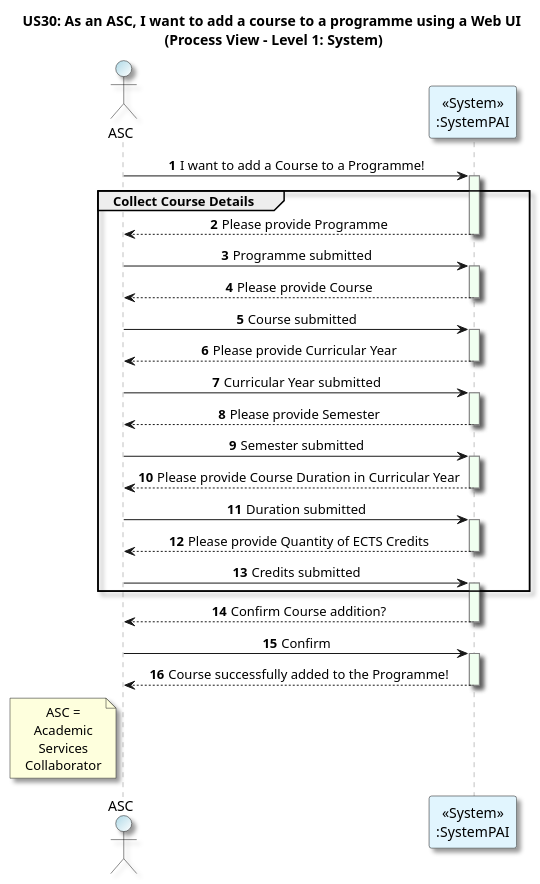
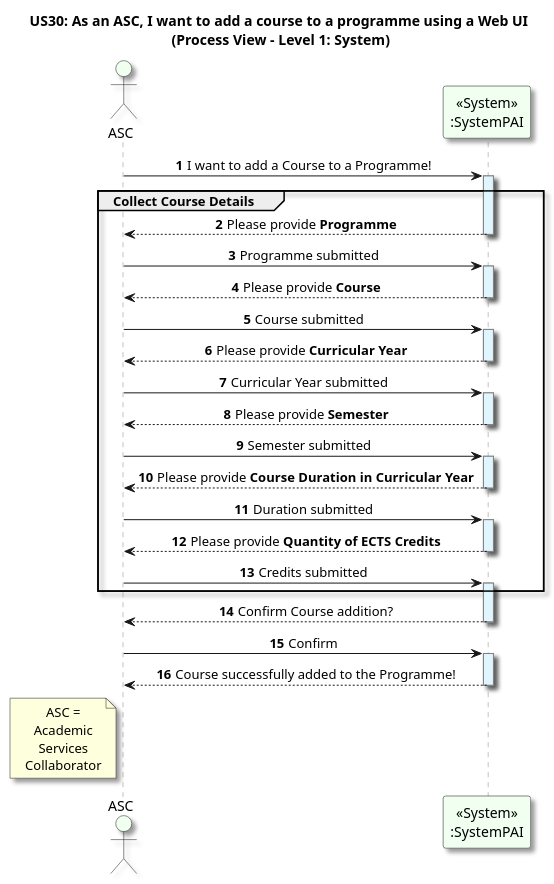
One commit to GasparISEP/DevOps-PAI changed the diagram in docs/US30/Sprint_7/ProcessView/AddCourseToAProgramme_ProcessView_Level1.puml. Above: the diagram before and after it, drawn with PlantUML. The commit also changed 1 other file, not shown here.

Commit message:
docs(addCourseToProgramme): enhance Level 1 process diagram with colors and formatting for better readability (refs #701, #705)

```diff
--- a/docs/US30/Sprint_7/ProcessView/AddCourseToAProgramme_ProcessView_Level1.puml
+++ b/docs/US30/Sprint_7/ProcessView/AddCourseToAProgramme_ProcessView_Level1.puml
@@ -1,76 +1,76 @@
 @startuml
 title US30: As an ASC, I want to add a course to a programme using a Web UI\n (Process View - Level 1: System)
 skinparam {
   ActivityPadding 2
   ActivityMargin 2
   BoxPadding 2
 }
 skinparam sequence {
     LifeLineBorderColor Grey
-    LifeLineBackgroundColor HoneyDew
+    LifeLineBackgroundColor #E1F5FE
 }
 skinparam defaultTextAlignment center
 skinparam shadowing true
 
 autonumber
 
-actor ASC as admin #LightBlue/White
-participant "<<System>>\n:SystemPAI" as System #E1F5FE
+actor ASC as admin #honeydew
+participant "<<System>>\n:SystemPAI" as System #honeydew
 
 admin -> System: I want to add a Course to a Programme!
 activate System
 
 group Collect Course Details
-System --> admin: Please provide Programme
+System --> admin: Please provide **Programme**
 deactivate System #teal
 
 admin -> System: Programme submitted
 activate System
 
-System --> admin: Please provide Course
+System --> admin: Please provide **Course**
 deactivate System
 
 admin -> System: Course submitted
 activate System
 
-System --> admin: Please provide Curricular Year
+System --> admin: Please provide **Curricular Year**
 deactivate System
 
 admin -> System: Curricular Year submitted
 activate System
 
-System --> admin: Please provide Semester
+System --> admin: Please provide **Semester**
 deactivate System
 
 admin -> System: Semester submitted
 activate System
 
-System --> admin: Please provide Course Duration in Curricular Year
+System --> admin: Please provide **Course Duration in Curricular Year**
 deactivate System
 
 admin -> System: Duration submitted
 activate System
 
-System --> admin: Please provide Quantity of ECTS Credits
+System --> admin: Please provide **Quantity of ECTS Credits**
 deactivate System
 
 admin -> System: Credits submitted
 activate System
 end
 
 System --> admin: Confirm Course addition?
 deactivate System
 
 admin -> System: Confirm
 activate System
 
 System --> admin: Course successfully added to the Programme!
 deactivate System
 
 note left admin
 ASC =
 Academic
 Services
 Collaborator
 end note
 @enduml
```
